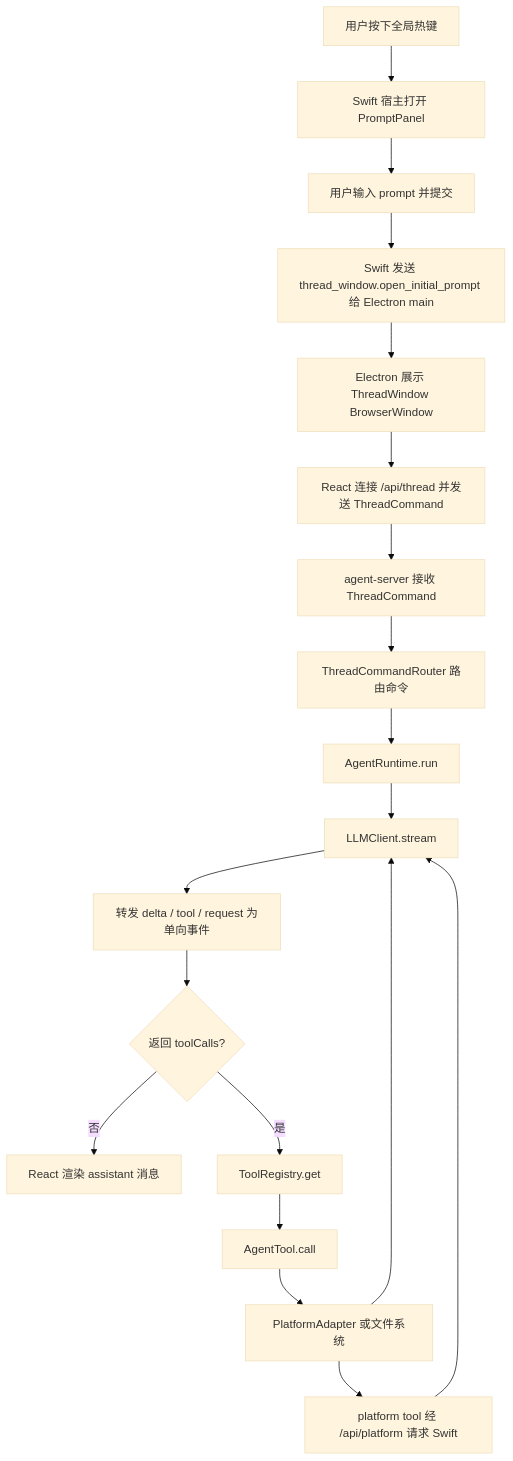
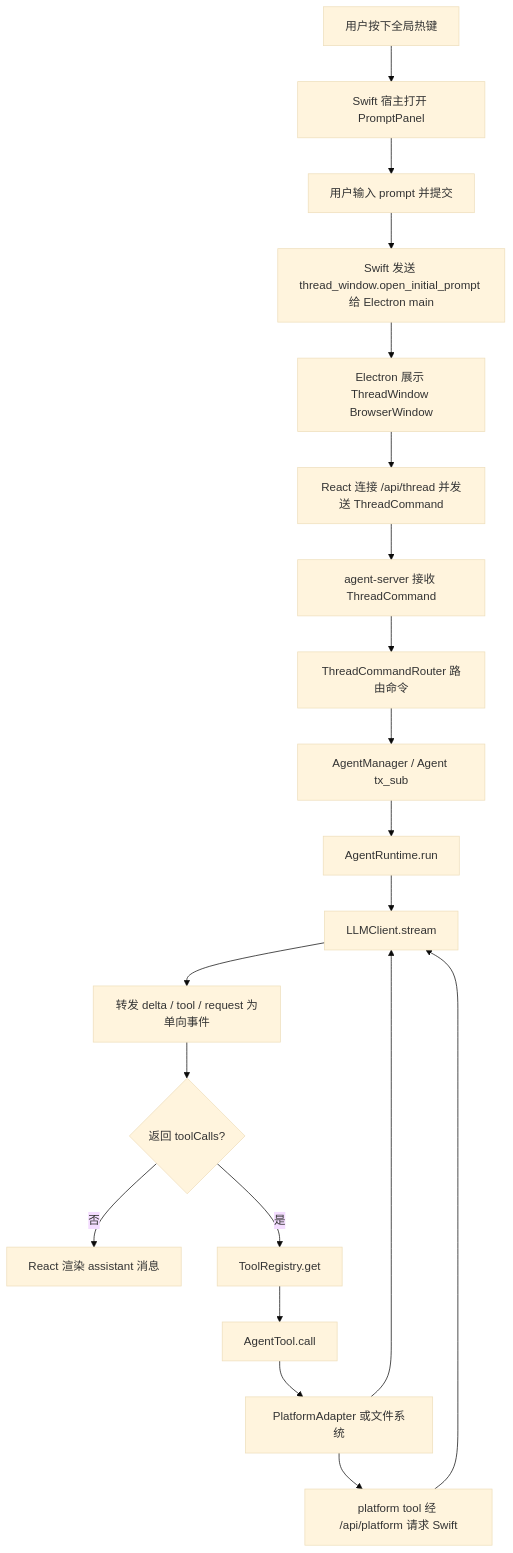
The second of 2 diagrams in handAgent.md (Lixuhang987/SpotAgent), drawn with Mermaid (base theme) before and after one commit. The commit also changed other lines of this file and 47 other files, not shown here.

Commit message:
refactor: introduce persistent agent op runtime

````diff
--- a/handAgent.md
+++ b/handAgent.md
@@ -29,21 +29,22 @@
 ```mermaid
 flowchart TD
   A[用户按下全局热键] --> B[Swift 宿主打开 PromptPanel]
   B --> C[用户输入 prompt 并提交]
   C --> D[Swift 发送 thread_window.open_initial_prompt 给 Electron main]
   D --> E[Electron 展示 ThreadWindow BrowserWindow]
   E --> F[React 连接 /api/thread 并发送 ThreadCommand]
   F --> G[agent-server 接收 ThreadCommand]
   G --> H[ThreadCommandRouter 路由命令]
-  H --> I[AgentRuntime.run]
+  H --> Agt[AgentManager / Agent tx_sub]
+  Agt --> I[AgentRuntime.run]
   I --> J[LLMClient.stream]
   J --> K[转发 delta / tool / request 为单向事件]
   K --> L{返回 toolCalls?}
   L -- 否 --> M[React 渲染 assistant 消息]
   L -- 是 --> N[ToolRegistry.get]
   N --> O[AgentTool.call]
   O --> P[PlatformAdapter 或文件系统]
   P --> J
   P --> Q[platform tool 经 /api/platform 请求 Swift]
   Q --> J
 ```
````
